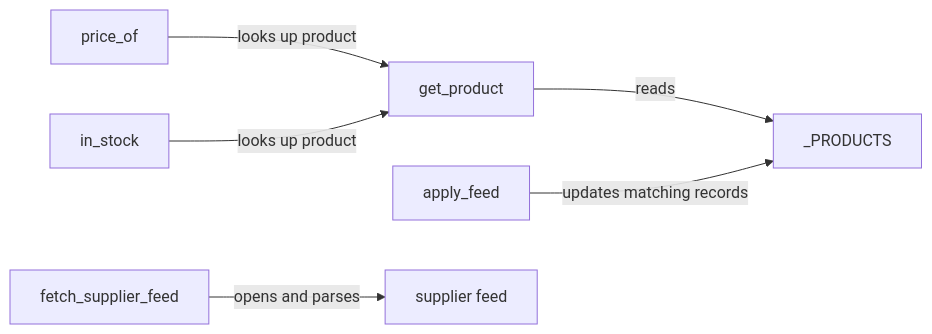
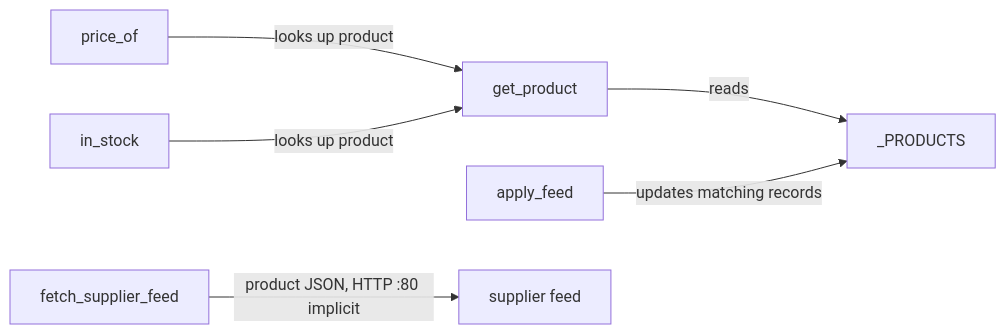
Before and after one commit to vishalc412/bible-mode-b-test: the diagram in codebase-analysis/lld/catalog/catalog.md, drawn with Mermaid. The commit also changed 27 other files, not shown here.

````diff
--- a/codebase-analysis/lld/catalog/catalog.md
+++ b/codebase-analysis/lld/catalog/catalog.md
@@ -44,15 +44,15 @@
 ```mermaid
 flowchart LR
   getproduct["get_product"]
   priceof["price_of"]
   instock["in_stock"]
   fetch["fetch_supplier_feed"]
   apply["apply_feed"]
   store["_PRODUCTS"]
   feed["supplier feed"]
   priceof -->|"looks up product"| getproduct
   instock -->|"looks up product"| getproduct
   getproduct -->|"reads"| store
   apply -->|"updates matching records"| store
-  fetch -->|"opens and parses"| feed
+  fetch -->|"product JSON, HTTP :80 implicit"| feed
 ```
````
